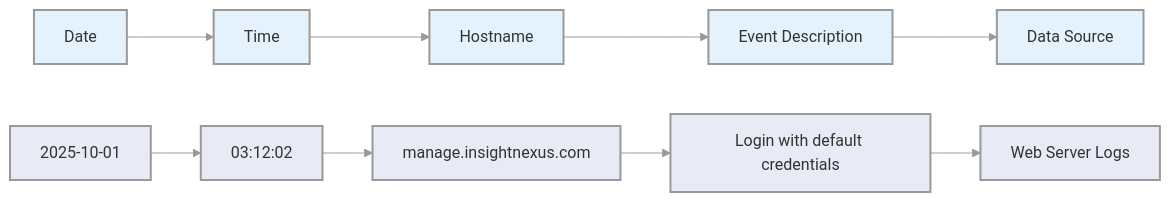
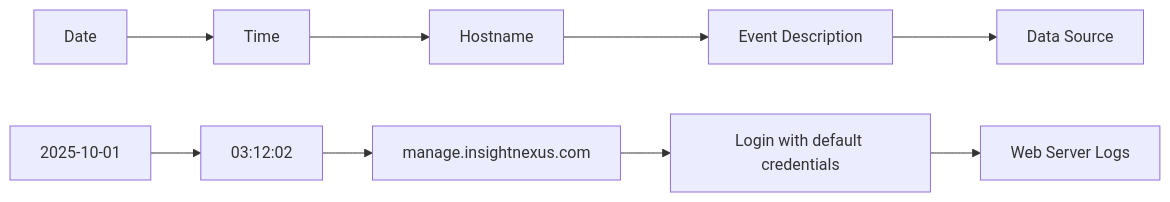
One commit to manojxshrestha/SOC-Analyst-Cheatsheet changed diagram 17 of 29 in 1-Incident-Handling-Process/README.md. Above: the diagram before and after it, drawn with Mermaid. The commit also changed other lines of this file, not shown here.

````diff
--- a/1-Incident-Handling-Process/README.md
+++ b/1-Incident-Handling-Process/README.md
@@ -654,18 +592,12 @@
 ```mermaid
-%%{init: {'theme': 'base', 'themeVariables': { 'lineColor': '#999', 'nodeBorder': '#999'}}}%%
 flowchart LR
     A[Date] --> B[Time]
     B --> C[Hostname]
     C --> D[Event Description]
     D --> E[Data Source]
     
     F[2025-10-01] --> G[03:12:02]
     G --> H[manage.insightnexus.com]
     H --> I[Login with default credentials]
     I --> J[Web Server Logs]
-    
-    classDef template fill:#e3f2fd,stroke:#999,stroke-width:2px,color:#333;
-    classDef sample fill:#e8eaf6,stroke:#999,stroke-width:2px,color:#333;
-    class A,B,C,D,E template;
-    class F,G,H,I,J sample;
 ```
````
